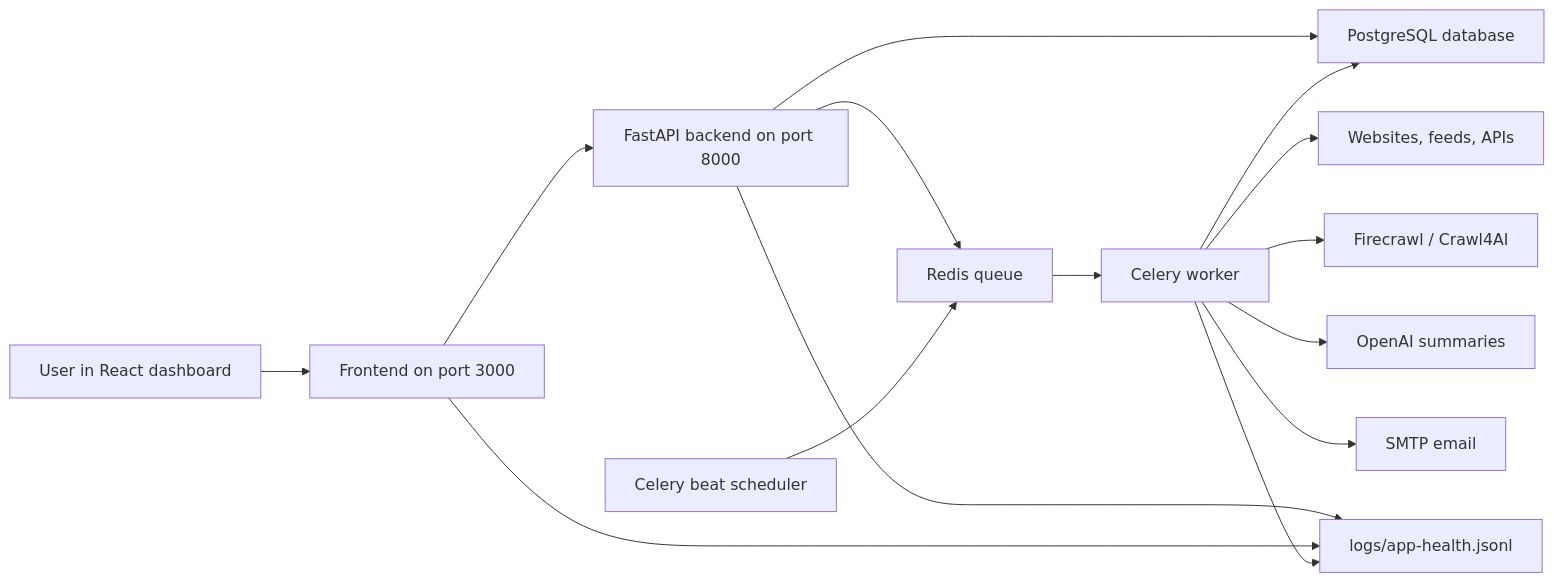
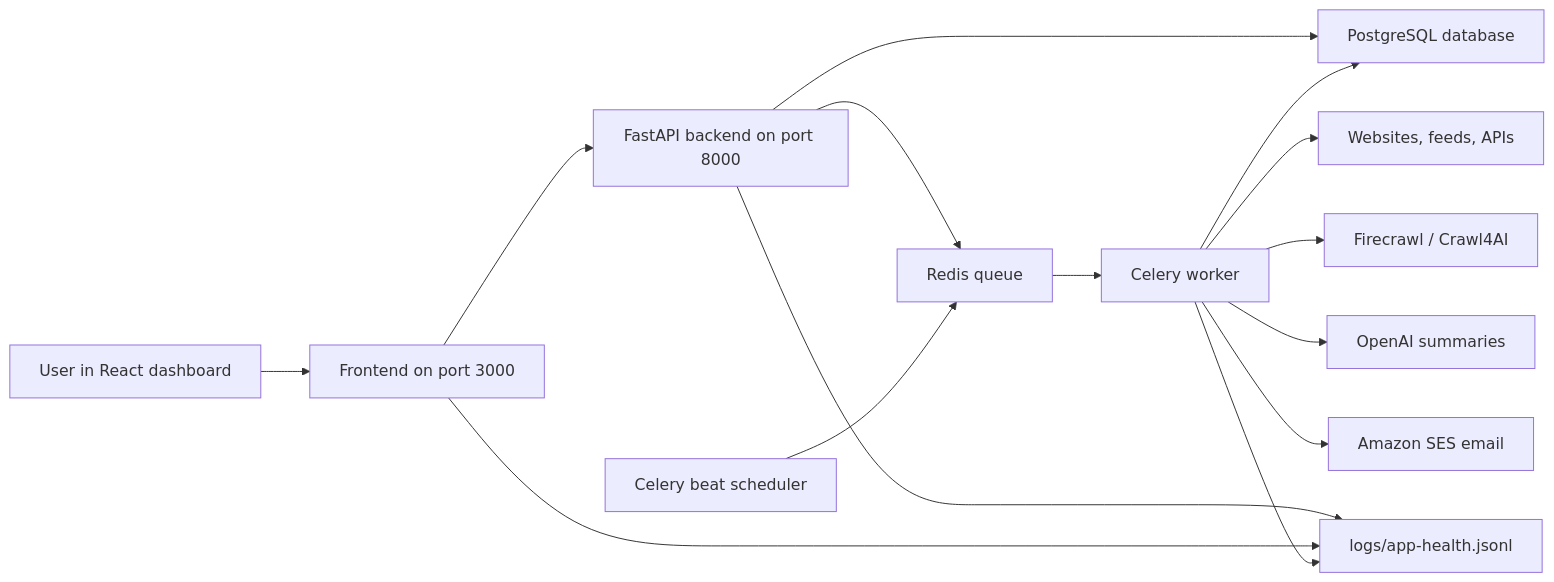
One commit to TVRCharan-act/WebUpdatesIntelligence changed the diagram in README.md. Above: the diagram before and after it, drawn with Mermaid. The commit also changed other lines of this file and 96 other files, not shown here.

````diff
--- a/README.md
+++ b/README.md
@@ -25,17 +25,17 @@
 ```mermaid
 flowchart LR
     User["User in React dashboard"] --> Frontend["Frontend on port 3000"]
     Frontend --> Backend["FastAPI backend on port 8000"]
     Backend --> Postgres["PostgreSQL database"]
     Backend --> Redis["Redis queue"]
     Beat["Celery beat scheduler"] --> Redis
     Redis --> Worker["Celery worker"]
     Worker --> Sources["Websites, feeds, APIs"]
     Worker --> Firecrawl["Firecrawl / Crawl4AI"]
     Worker --> OpenAI["OpenAI summaries"]
     Worker --> Postgres
-    Worker --> Email["SMTP email"]
+    Worker --> Email["Amazon SES email"]
     Backend --> Logs["logs/app-health.jsonl"]
     Frontend --> Logs
     Worker --> Logs
 ```
````
